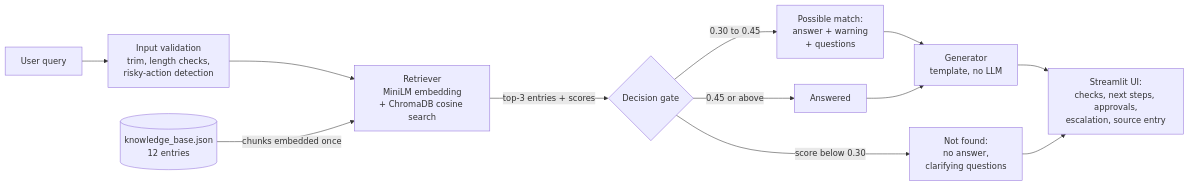
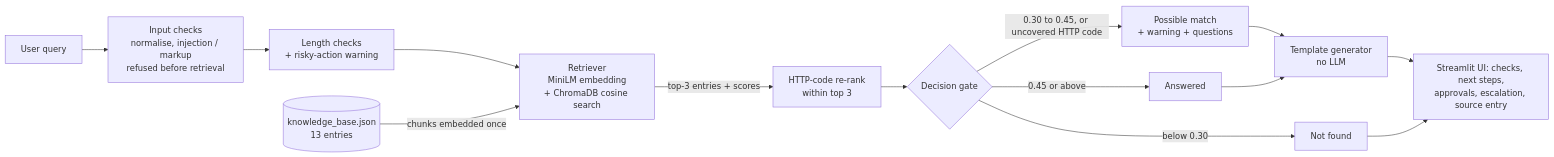
The diagram in README.md (anmolDh1man/AI-Troubleshooting-Assistant), drawn with Mermaid before and after one commit. The commit also changed other lines of this file and 87 other files, not shown here.

````diff
--- a/README.md
+++ b/README.md
@@ -41,14 +48,16 @@
 ```mermaid
 flowchart LR
-    U[User query] --> V[Input validation<br/>trim, length checks,<br/>risky-action detection]
-    V --> R[Retriever<br/>MiniLM embedding<br/>+ ChromaDB cosine search]
-    KB[(knowledge_base.json<br/>12 entries)] -->|chunks embedded once| R
-    R -->|top-3 entries + scores| D{Decision gate}
-    D -->|score below 0.30| NF[Not found:<br/>no answer,<br/>clarifying questions]
-    D -->|0.30 to 0.45| LC[Possible match:<br/>answer + warning<br/>+ questions]
+    U[User query] --> I[Input checks<br/>normalise, injection / markup<br/>refused before retrieval]
+    I --> L[Length checks<br/>+ risky-action warning]
+    L --> R[Retriever<br/>MiniLM embedding<br/>+ ChromaDB cosine search]
+    KB[(knowledge_base.json<br/>13 entries)] -->|chunks embedded once| R
+    R -->|top-3 entries + scores| C[HTTP-code re-rank<br/>within top 3]
+    C --> D{Decision gate}
+    D -->|below 0.30| NF[Not found]
+    D -->|0.30 to 0.45, or uncovered HTTP code| LC[Possible match<br/>+ warning + questions]
     D -->|0.45 or above| A[Answered]
-    LC --> G[Generator<br/>template, no LLM]
+    LC --> G[Template generator<br/>no LLM]
     A --> G
-    G --> UI[Streamlit UI:<br/>checks, next steps, approvals,<br/>escalation, source entry]
+    G --> UI[Streamlit UI: checks, next steps,<br/>approvals, escalation, source entry]
     NF --> UI
 ```
````
